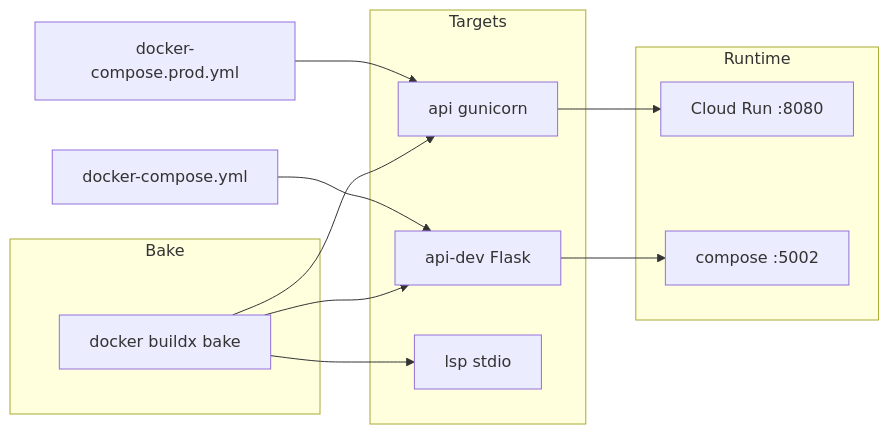
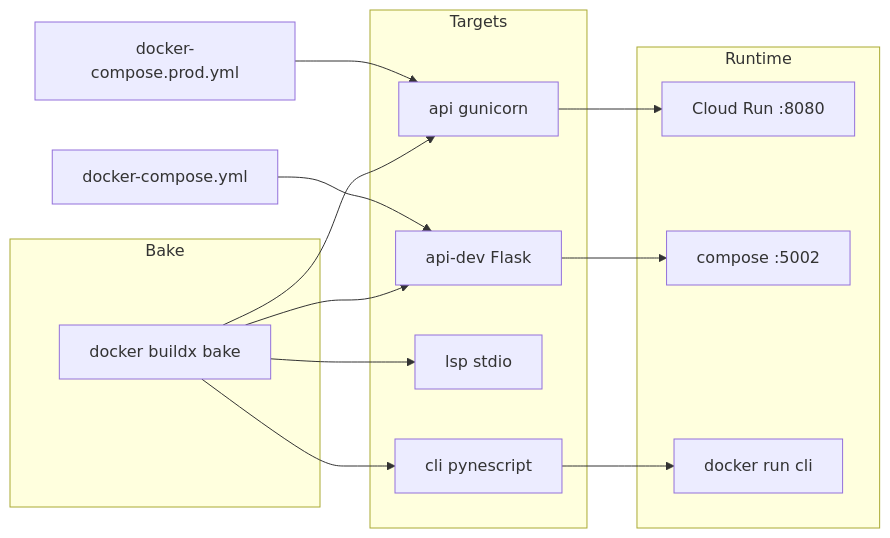
Before and after one commit to hoox-sh/pyne: the diagram in docs/pyne/devops/docker.mdx, drawn with Mermaid. The commit also changed other lines of this file and 78 other files, not shown here.

First line of the commit message:
feat(cli): package, Docker image, and hardened release pipeline

````diff
--- a/docs/pyne/devops/docker.mdx
+++ b/docs/pyne/devops/docker.mdx
@@ -33,22 +32,26 @@
 ```mermaid
 flowchart LR
   subgraph Bake
     B[docker buildx bake]
   end
   subgraph Targets
     T1[api gunicorn]
     T2[api-dev Flask]
     T3[lsp stdio]
+    T4[cli pynescript]
   end
   subgraph Runtime
     CR[Cloud Run :8080]
     CMP[compose :5002]
+    CLIRUN[docker run cli]
   end
   B --> T1
   B --> T2
   B --> T3
+  B --> T4
   T1 --> CR
   T2 --> CMP
+  T4 --> CLIRUN
   COMPOSE[docker-compose.yml] --> T2
   PROD[docker-compose.prod.yml] --> T1
 ```
````
